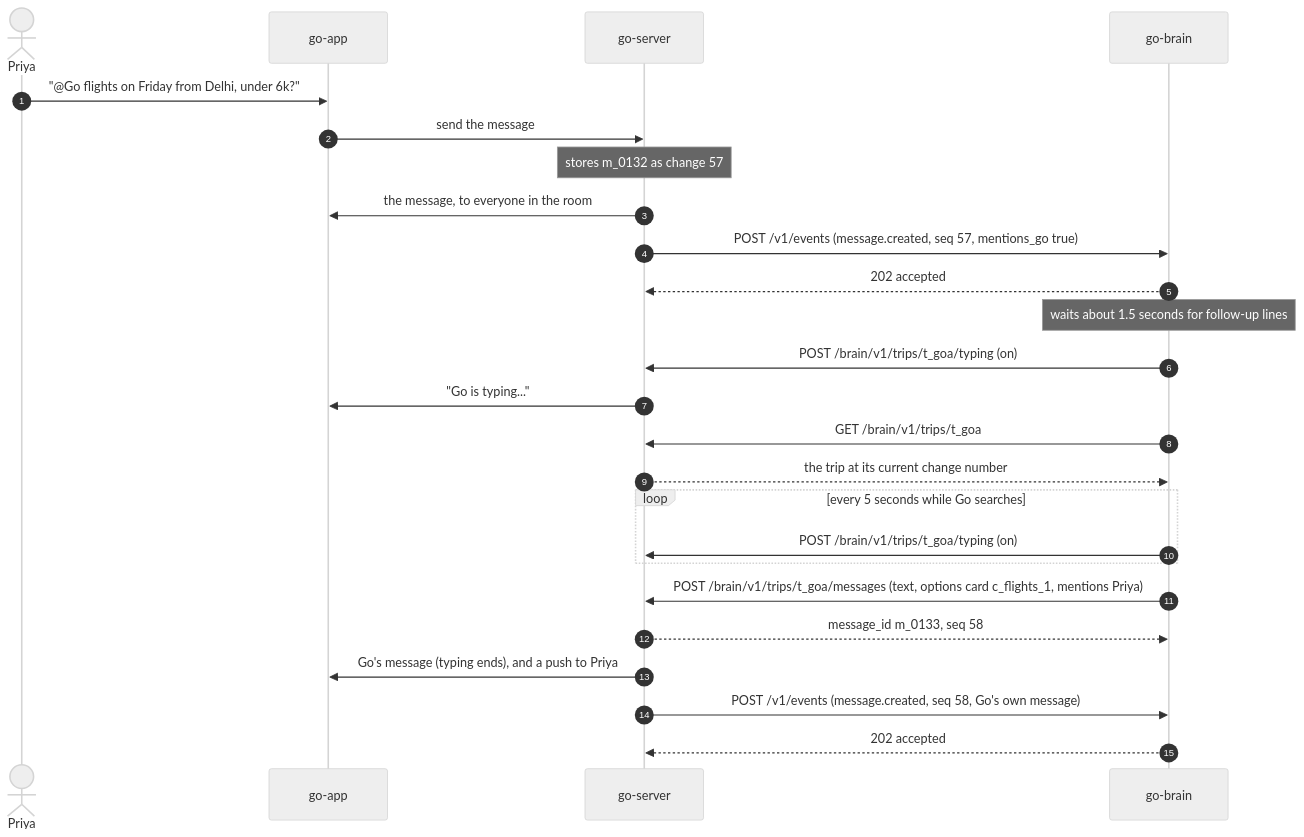
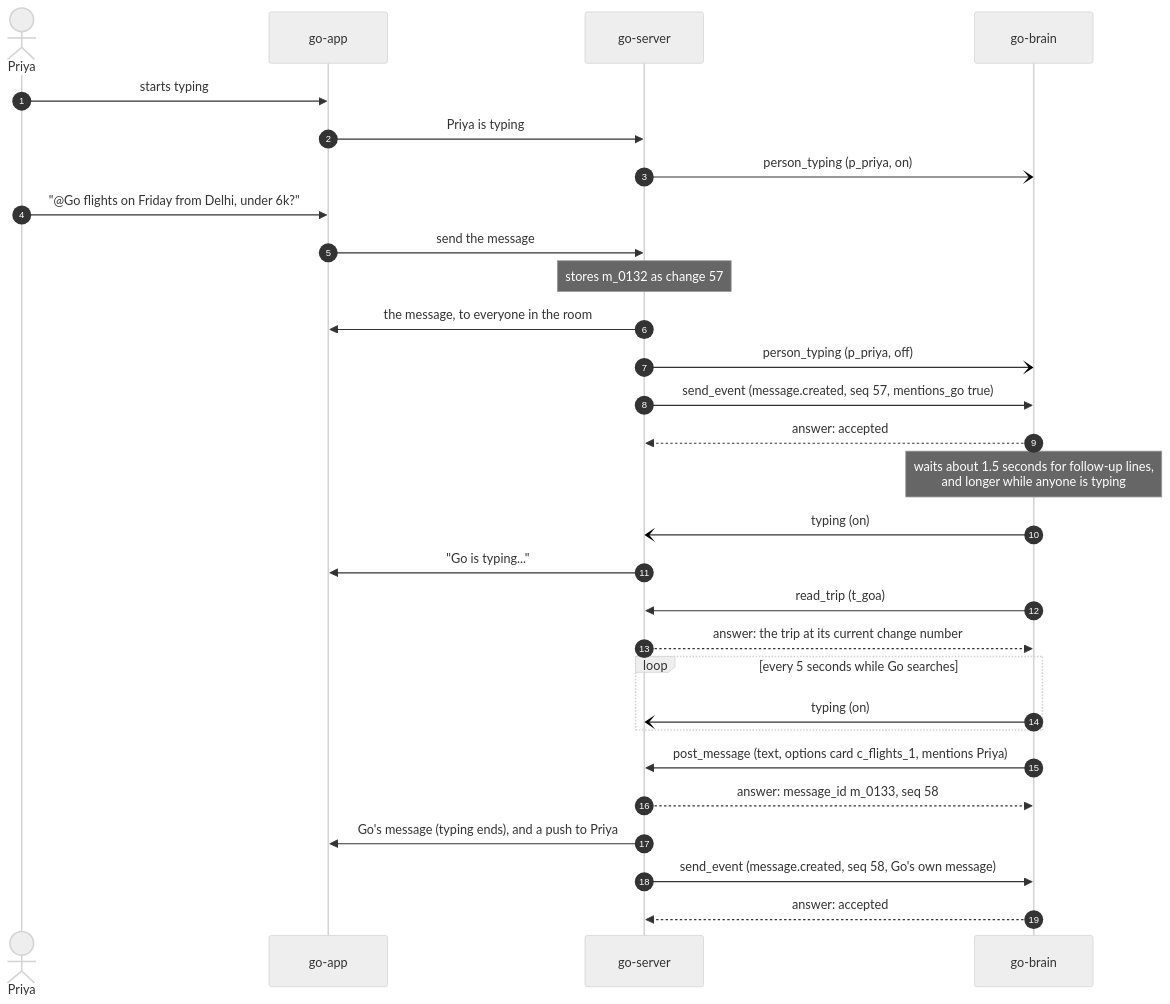
Before and after one commit to vestra-ai/go-brain: the first of 8 diagrams in docs/guide/09-flows.md, drawn with Mermaid (neutral theme). The commit also changed other lines of this file and 23 other files, not shown here.

````diff
--- a/docs/guide/09-flows.md
+++ b/docs/guide/09-flows.md
@@ -13,27 +15,31 @@
 ```mermaid
 sequenceDiagram
   autonumber
   actor Priya
   participant app as go-app
   participant server as go-server
   participant brain as go-brain
+  Priya->>app: starts typing
+  app->>server: Priya is typing
+  server-)brain: person_typing (p_priya, on)
   Priya->>app: "@Go flights on Friday from Delhi, under 6k?"
   app->>server: send the message
   Note over server: stores m_0132 as change 57
   server->>app: the message, to everyone in the room
-  server->>brain: POST /v1/events (message.created, seq 57, mentions_go true)
-  brain-->>server: 202 accepted
-  Note over brain: waits about 1.5 seconds for follow-up lines
-  brain->>server: POST /brain/v1/trips/t_goa/typing (on)
+  server-)brain: person_typing (p_priya, off)
+  server->>brain: send_event (message.created, seq 57, mentions_go true)
+  brain-->>server: answer: accepted
+  Note over brain: waits about 1.5 seconds for follow-up lines,<br/>and longer while anyone is typing
+  brain-)server: typing (on)
   server->>app: "Go is typing..."
-  brain->>server: GET /brain/v1/trips/t_goa
-  server-->>brain: the trip at its current change number
+  brain->>server: read_trip (t_goa)
+  server-->>brain: answer: the trip at its current change number
   loop every 5 seconds while Go searches
-    brain->>server: POST /brain/v1/trips/t_goa/typing (on)
+    brain-)server: typing (on)
   end
-  brain->>server: POST /brain/v1/trips/t_goa/messages (text, options card c_flights_1, mentions Priya)
-  server-->>brain: message_id m_0133, seq 58
+  brain->>server: post_message (text, options card c_flights_1, mentions Priya)
+  server-->>brain: answer: message_id m_0133, seq 58
   server->>app: Go's message (typing ends), and a push to Priya
-  server->>brain: POST /v1/events (message.created, seq 58, Go's own message)
-  brain-->>server: 202 accepted
+  server->>brain: send_event (message.created, seq 58, Go's own message)
+  brain-->>server: answer: accepted
 ```
````
